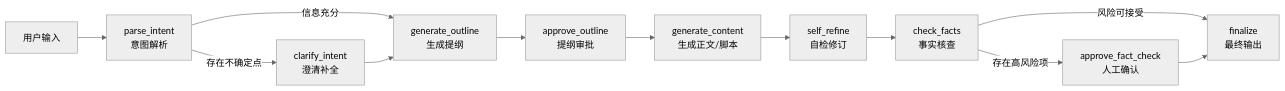
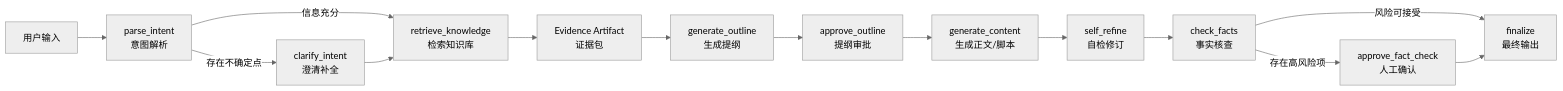
Before and after one commit to DengHaitao-2022/PromptChain: the diagram in README.md, drawn with Mermaid (neutral theme). The commit also changed other lines of this file and 29 other files, not shown here.

````diff
--- a/README.md
+++ b/README.md
@@ -76,14 +76,16 @@
 ```mermaid
 flowchart LR
     A["用户输入"] --> B["parse_intent<br/>意图解析"]
     B -->|"存在不确定点"| C["clarify_intent<br/>澄清补全"]
-    B -->|"信息充分"| D["generate_outline<br/>生成提纲"]
-    C --> D
+    B -->|"信息充分"| K["retrieve_knowledge<br/>检索知识库"]
+    C --> K
+    K --> L["Evidence Artifact<br/>证据包"]
+    L --> D["generate_outline<br/>生成提纲"]
     D --> E["approve_outline<br/>提纲审批"]
     E --> F["generate_content<br/>生成正文/脚本"]
     F --> G["self_refine<br/>自检修订"]
     G --> H["check_facts<br/>事实核查"]
     H -->|"存在高风险项"| I["approve_fact_check<br/>人工确认"]
     H -->|"风险可接受"| J["finalize<br/>最终输出"]
     I --> J
 ```
````
